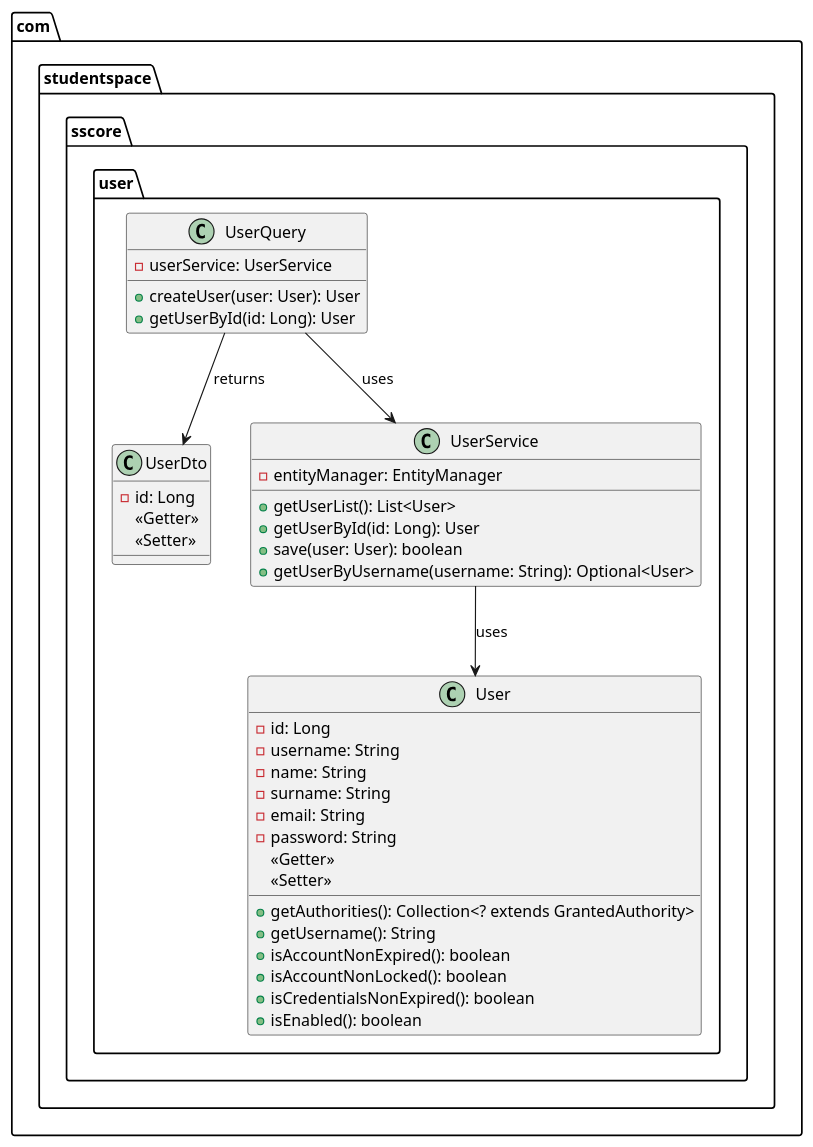
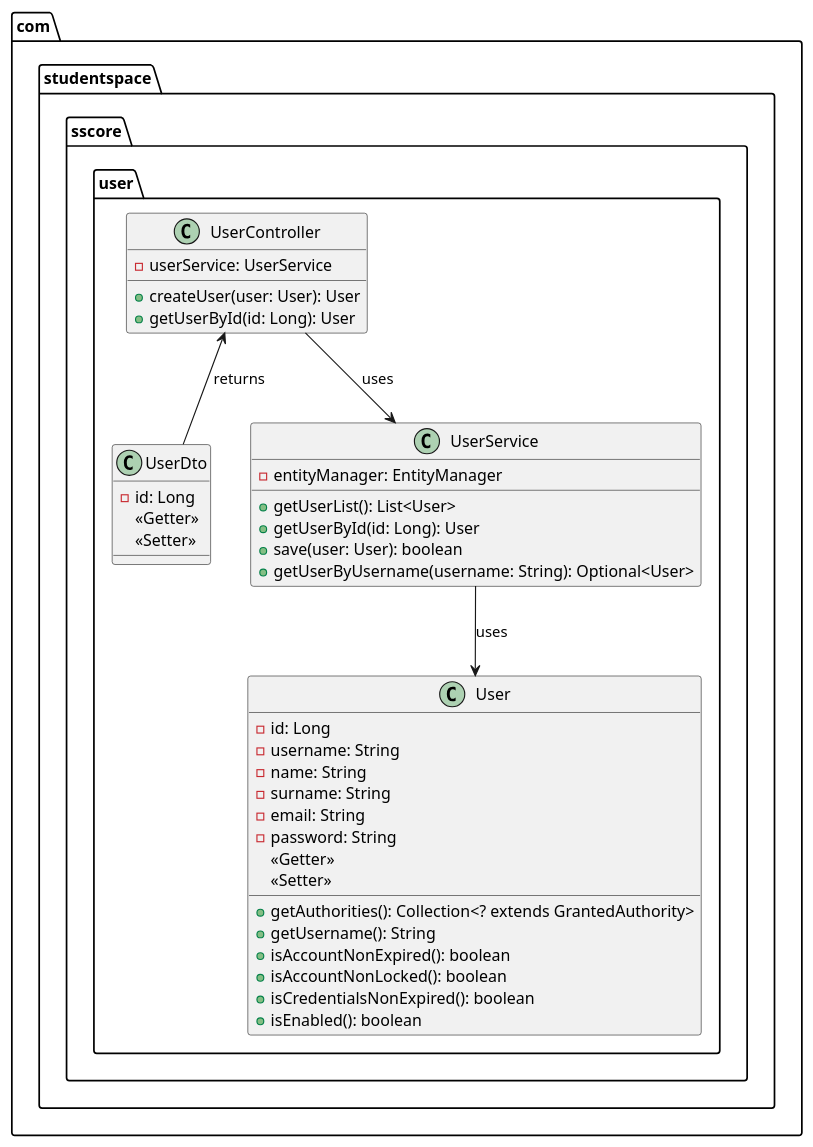
One commit to marcoslafoz/sscore changed the diagram in src/main/java/com/studentspace/sscore/user/User.puml. Above: the diagram before and after it, drawn with PlantUML. The commit also changed 5 other files, not shown here.

Commit message:
docs: :memo: UML Diagrams updated

```diff
--- a/src/main/java/com/studentspace/sscore/user/User.puml
+++ b/src/main/java/com/studentspace/sscore/user/User.puml
@@ -1,45 +1,45 @@
 @startuml
 
 package "com.studentspace.sscore.user" {
     class User {
         - id: Long
         - username: String
         - name: String
         - surname: String
         - email: String
         - password: String
         <<Getter>>
         <<Setter>>
         + getAuthorities(): Collection<? extends GrantedAuthority>
         + getUsername(): String
         + isAccountNonExpired(): boolean
         + isAccountNonLocked(): boolean
         + isCredentialsNonExpired(): boolean
         + isEnabled(): boolean
     }
 
     class UserDto {
         - id: Long
         <<Getter>>
         <<Setter>>
     }
 
-    class UserQuery {
+    class UserController {
         - userService: UserService
         + createUser(user: User): User
         + getUserById(id: Long): User
     }
 
     class UserService {
         - entityManager: EntityManager
         + getUserList(): List<User>
         + getUserById(id: Long): User
         + save(user: User): boolean
         + getUserByUsername(username: String): Optional<User>
     }
 }
 
-UserQuery --> UserService : uses
+UserController --> UserService : uses
 UserService --> User : uses
-UserQuery --> UserDto : returns
+UserController <-- UserDto : returns
 @enduml
```
